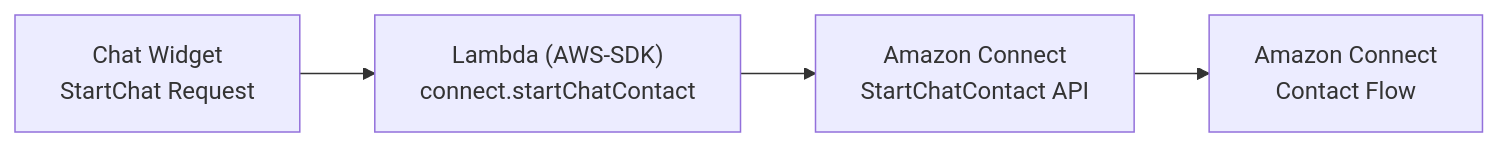
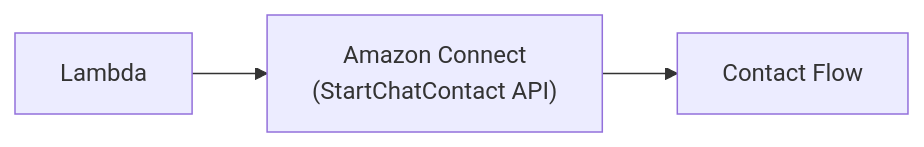
The diagram in cloudformationTemplates/startChatContactAPI/README.md (amazon-connect/amazon-connect-chat-ui-examples), drawn with Mermaid before and after one commit. The commit also changed other lines of this file, not shown here.

Commit message:
docs: improve Contact Attribute documentation for startChatContact lambda

````diff
--- a/cloudformationTemplates/startChatContactAPI/README.md
+++ b/cloudformationTemplates/startChatContactAPI/README.md
@@ -462,10 +464,7 @@
 ```mermaid
 flowchart LR
-    START["Chat Widget
-    StartChat Request"] --> B["Lambda (AWS-SDK)
-    connect.startChatContact"];
-    B --> C["Amazon Connect
-    StartChatContact API"];
-    C --> END["Amazon Connect
-    Contact Flow"];
+    START["Lambda"];
+    START --> C["Amazon Connect
+    (StartChatContact API)"];
+    C --> END["Contact Flow"];
 ```
````
